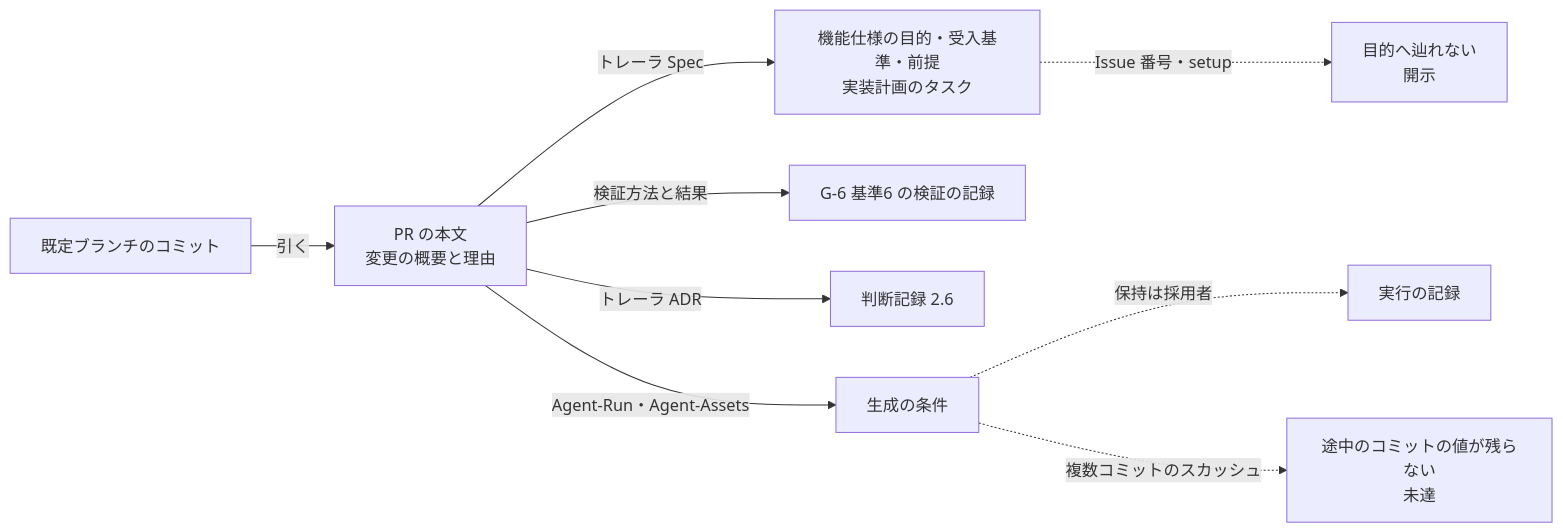
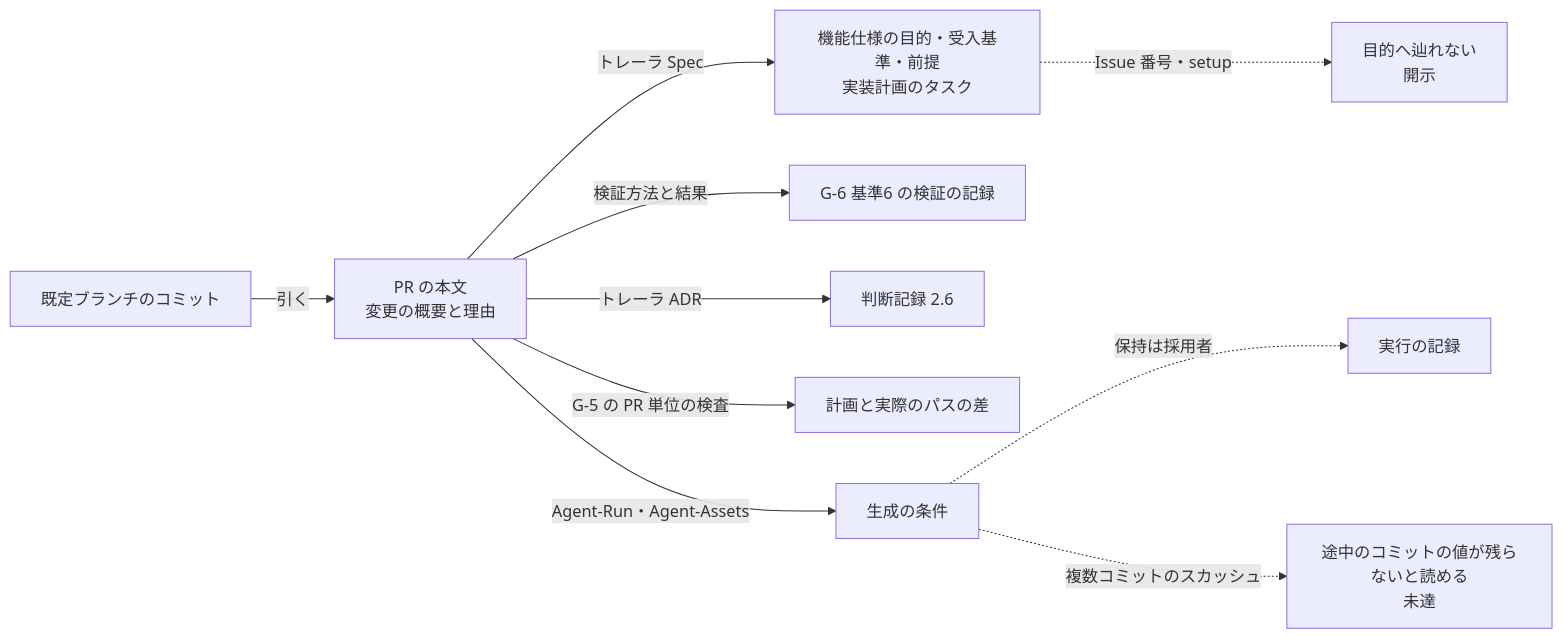
Before and after one commit to Takenori-Kusaka/process-compass: the second of 2 diagrams in src/content/docs/phase5-implementation/pr-workflow.md, drawn with Mermaid. The commit also changed 4 other files, not shown here.

````diff
--- a/src/content/docs/phase5-implementation/pr-workflow.md
+++ b/src/content/docs/phase5-implementation/pr-workflow.md
@@ -166,11 +166,12 @@
 ```mermaid
 flowchart LR
   C["既定ブランチのコミット"] -->|引く| P["PR の本文<br/>変更の概要と理由"]
   P -->|トレーラ Spec| S["機能仕様の目的・受入基準・前提<br/>実装計画のタスク"]
   P -->|検証方法と結果| V["G-6 基準6 の検証の記録"]
   P -->|トレーラ ADR| A["判断記録 2.6"]
+  P -->|G-5 の PR 単位の検査| D["計画と実際のパスの差"]
   P -->|Agent-Run・Agent-Assets| R["生成の条件"]
   R -.->|保持は採用者| L["実行の記録"]
   S -.->|Issue 番号・setup| K1["目的へ辿れない<br/>開示"]
-  R -.->|複数コミットのスカッシュ| K8["途中のコミットの値が残らない<br/>未達"]
+  R -.->|複数コミットのスカッシュ| K8["途中のコミットの値が残らないと読める<br/>未達"]
 ```
````
